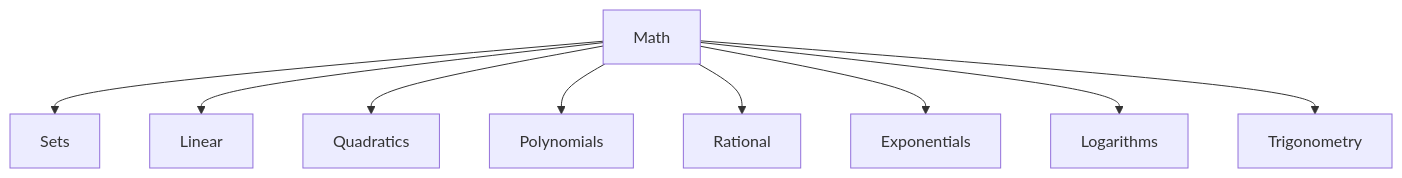
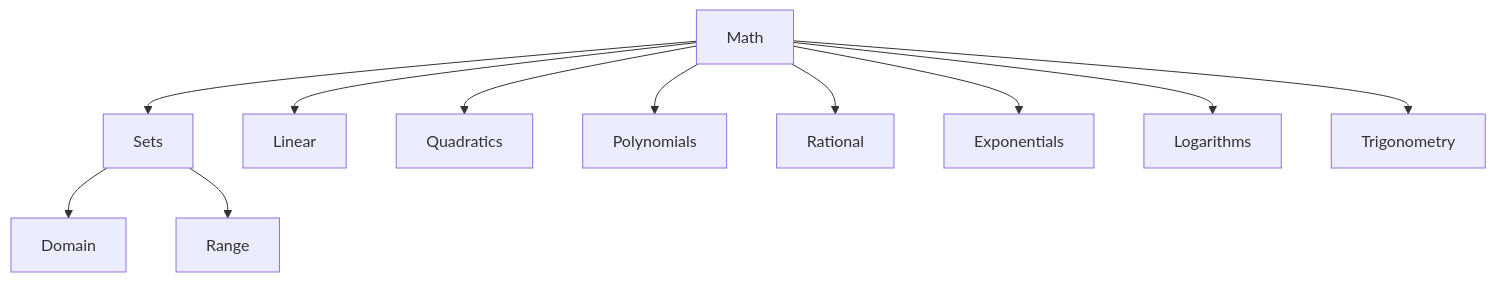
The diagram in README.md (ccmas88/Hello-World), drawn with Mermaid before and after one commit.

````diff
--- a/README.md
+++ b/README.md
@@ -6,11 +6,13 @@
 ```mermaid
 graph TD;
     Math-->Sets;
+         Sets-->Domain;
+         Sets-->Range;
     Math-->Linear;
     Math-->Quadratics;
     Math-->Polynomials;
     Math-->Rational;
     Math-->Exponentials;
     Math-->Logarithms;
     Math-->Trigonometry;
 ```
````
